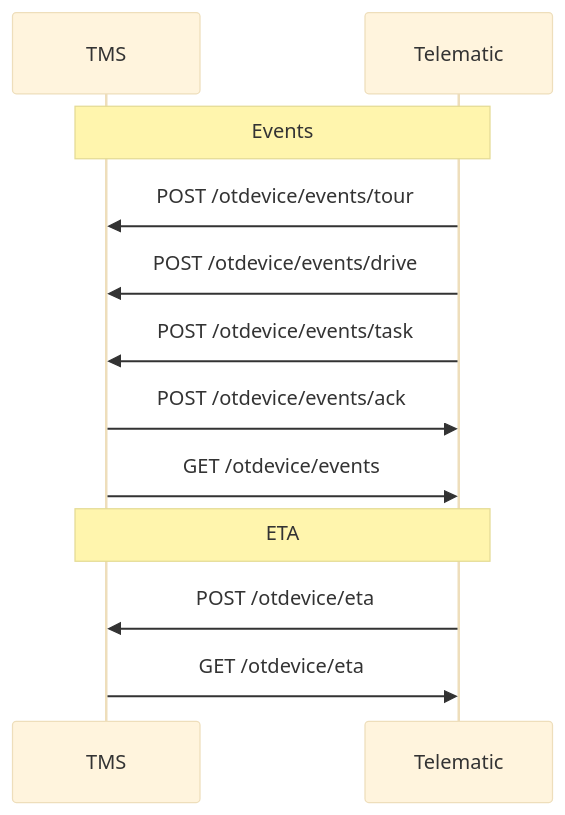
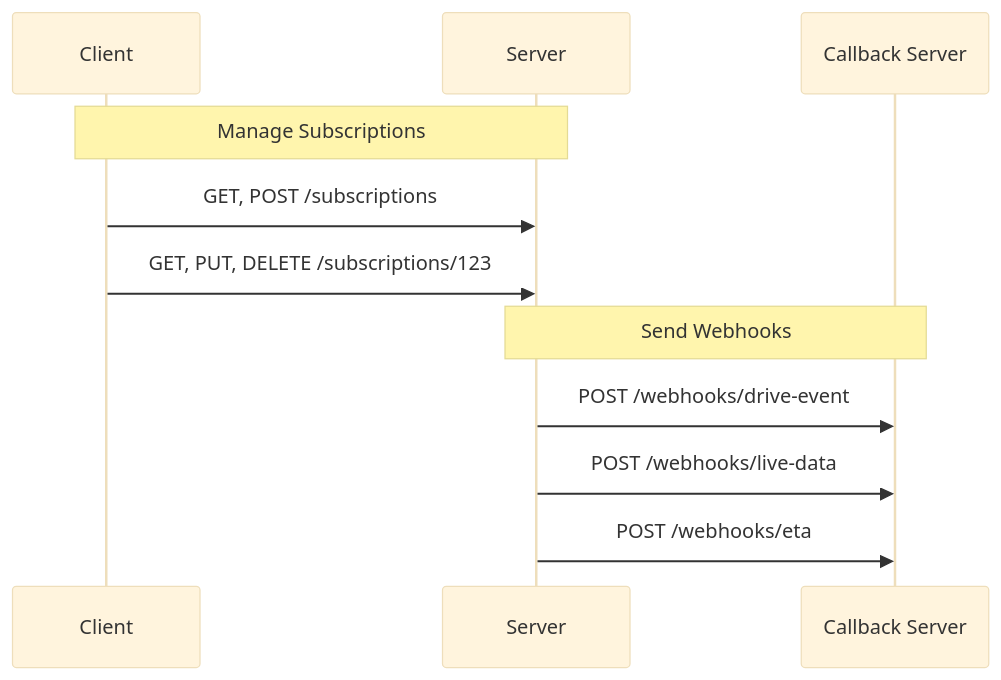
One commit to monstagorilla/otdata changed the second of 2 diagrams in docs/apiSections.md. Above: the diagram before and after it, drawn with Mermaid. The commit also changed other lines of this file, not shown here.

Commit message:
add new diagram for tour and shipment visualization

````diff
--- a/docs/apiSections.md
+++ b/docs/apiSections.md
@@ -55,17 +63,16 @@
 ```mermaid
 %%{init: {'theme': 'base', 'themeVariables': { 'fontFamily': 'Source Sans Pro'}}}%%
 
 sequenceDiagram
-   participant TMS
-   participant Telematic
+   participant Client
+   participant Server
+   participant Callback Server
 
-   Note over TMS,Telematic: Events   
-   Telematic->>TMS: POST /otdevice/events/tour
-   Telematic->>TMS: POST /otdevice/events/drive
-   Telematic->>TMS: POST /otdevice/events/task
-   TMS->>Telematic: POST /otdevice/events/ack
-   TMS->>Telematic: GET /otdevice/events
-   Note over TMS,Telematic: ETA   
-   Telematic->>TMS: POST /otdevice/eta
-   TMS->>Telematic: GET /otdevice/eta
+   Note over Client,Server: Manage Subscriptions   
+   Client->>Server: GET, POST /subscriptions
+   Client->>Server: GET, PUT, DELETE /subscriptions/123
+   Note over Server,Callback Server: Send Webhooks
+   Server->>Callback Server: POST /webhooks/drive-event
+   Server->>Callback Server: POST /webhooks/live-data
+   Server->>Callback Server: POST /webhooks/eta
 ```
````
